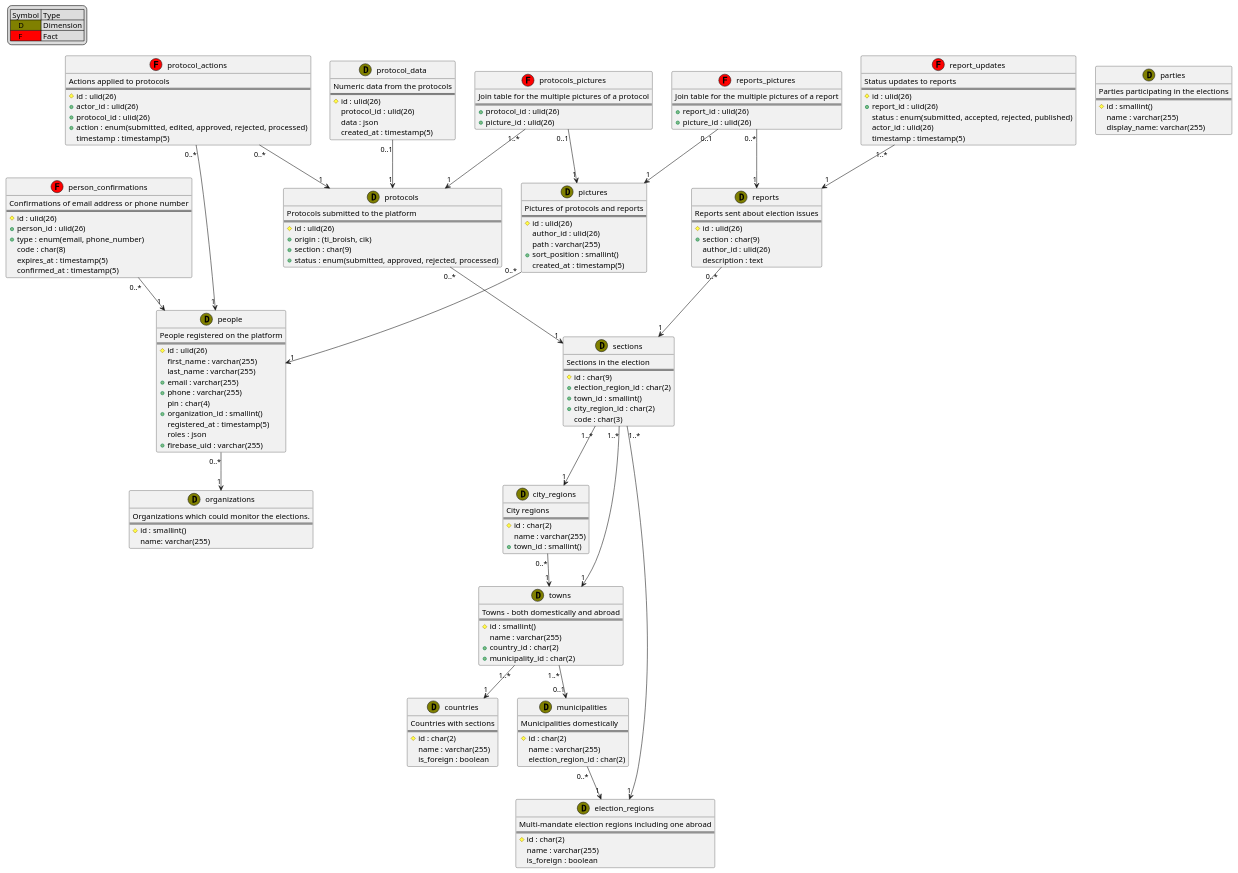
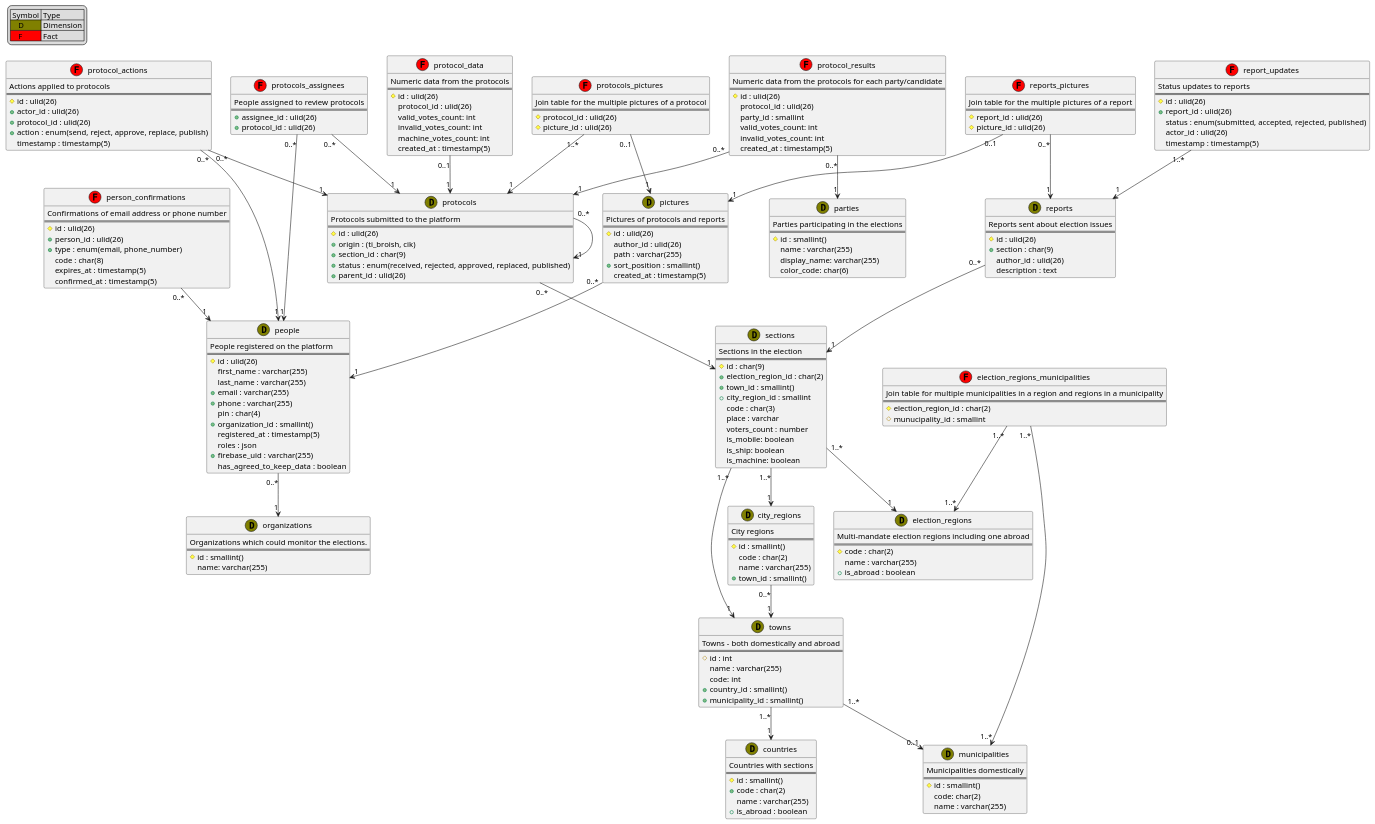
Before and after one commit to ti-broish/docs: the diagram in src/Контекст/Ти Броиш/База Данни/1.database.puml, drawn with PlantUML.

Commit message:
Update database with new protocols structure and new fields

```diff
--- a/src/Контекст/Ти Броиш/База Данни/1.database.puml
+++ b/src/Контекст/Ти Броиш/База Данни/1.database.puml
@@ -1,24 +1,25 @@
 @startuml database
 
 legend top left
-    | Symbol | Type |
-    |<#808000>    D| Dimension |
-    |<#FF0000>    F| Fact |
+| Symbol | Type |
+|<#808000>    D| Dimension |
+|<#FF0000>    F| Fact |
 end legend
 
 class people <<(D,olive)>> {
-  People registered on the platform
-  ==
-  #id : ulid(26)
-  first_name : varchar(255)
-  last_name : varchar(255)
-  +email : varchar(255)
-  +phone : varchar(255)
-  pin : char(4)
-  +organization_id : smallint()
-  registered_at : timestamp(5)
-  roles : json
-  +firebase_uid : varchar(255)
+    People registered on the platform
+    ==
+    #id : ulid(26)
+    first_name : varchar(255)
+    last_name : varchar(255)
+    +email : varchar(255)
+    +phone : varchar(255)
+    pin : char(4)
+    +organization_id : smallint()
+    registered_at : timestamp(5)
+    roles : json
+    +firebase_uid : varchar(255)
+    has_agreed_to_keep_data : boolean
 }
 
 person_confirmations "0..*" --> "1" people
@@ -48,8 +49,13 @@
     #id : char(9)
     +election_region_id : char(2)
     +town_id : smallint()
-    +city_region_id : char(2)
+    +city_region_id : smallint
     code : char(3)
+    place : varchar
+    voters_count : number
+    is_mobile: boolean
+    is_ship: boolean
+    is_machine: boolean
 }
 
 sections "1..*" --> "1" election_regions
@@ -61,22 +67,40 @@
     ==
     #id : ulid(26)
     +origin : (ti_broish, cik)
-    +section : char(9)
-    +status : enum(submitted, approved, rejected, processed)
+    +section_id : char(9)
+    +status : enum(received, rejected, approved, replaced, published)
+    +parent_id : ulid(26)
 }
 
 protocols "0..*" --> "1" sections
+protocols "0..*" --> "1" protocols
 
-class protocol_data <<(D,olive)>> {
+class protocol_data <<(F,red)>> {
     Numeric data from the protocols
     ==
     #id : ulid(26)
     protocol_id : ulid(26)
-    data : json
+    valid_votes_count: int
+    invalid_votes_count: int
+    machine_votes_count: int
     created_at : timestamp(5)
 }
 
 protocol_data "0..1" --> "1" protocols
+
+class protocol_results <<(F,red)>> {
+    Numeric data from the protocols for each party/candidate
+    ==
+    #id : ulid(26)
+    protocol_id : ulid(26)
+    party_id : smallint
+    valid_votes_count: int
+    invalid_votes_count: int
+    created_at : timestamp(5)
+}
+
+protocol_results "0..*" --> "1" protocols
+protocol_results "0..*" --> "1" parties
 
 class protocol_actions <<(F,red)>> {
     Actions applied to protocols
@@ -84,12 +108,22 @@
     #id : ulid(26)
     +actor_id : ulid(26)
     +protocol_id : ulid(26)
-    +action : enum(submitted, edited, approved, rejected, processed)
+    +action : enum(send, reject, approve, replace, publish)
     timestamp : timestamp(5)
 }
 
 protocol_actions "0..*" --> "1" protocols
 protocol_actions "0..*" --> "1" people
+
+class protocols_assignees <<(F,red)>> {
+    People assigned to review protocols
+    ==
+    +assignee_id : ulid(26)
+    +protocol_id : ulid(26)
+}
+
+protocols_assignees "0..*" --> "1" protocols
+protocols_assignees "0..*" --> "1" people
 
 class reports <<(D,olive)>> {
     Reports sent about election issues
@@ -129,8 +163,8 @@
 class reports_pictures <<(F,red)>> {
     Join table for the multiple pictures of a report
     ==
-    +report_id : ulid(26)
-    +picture_id : ulid(26)
+    #report_id : ulid(26)
+    #picture_id : ulid(26)
 }
 
 reports_pictures "0..1" --> "1" pictures
@@ -139,8 +173,8 @@
 class protocols_pictures <<(F,red)>> {
     Join table for the multiple pictures of a protocol
     ==
-    +protocol_id : ulid(26)
-    +picture_id : ulid(26)
+    #protocol_id : ulid(26)
+    #picture_id : ulid(26)
 }
 
 protocols_pictures "0..1" --> "1" pictures
@@ -149,36 +183,46 @@
 class election_regions <<(D,olive)>> {
     Multi-mandate election regions including one abroad
     ==
-    #id : char(2)
+    #code : char(2)
     name : varchar(255)
-    is_foreign : boolean
+    +is_abroad : boolean
 }
 
 class countries <<(D,olive)>> {
     Countries with sections
     ==
-    #id : char(2)
+    #id : smallint()
+    +code : char(2)
     name : varchar(255)
-    is_foreign : boolean
+    +is_abroad : boolean
 }
 
 class municipalities <<(D,olive)>> {
     Municipalities domestically
     ==
-    #id : char(2)
+    #id : smallint()
+    code: char(2)
     name : varchar(255)
-    election_region_id : char(2)
 }
 
-municipalities "0..*" --> "1" election_regions
+class election_regions_municipalities <<(F,red)>> {
+    Join table for multiple municipalities in a region and regions in a municipality
+    ==
+    #election_region_id : char(2)
+    #munucipality_id : smallint
+}
+
+election_regions_municipalities "1..*" --> "1..*" municipalities
+election_regions_municipalities "1..*" --> "1..*" election_regions
 
 class towns <<(D,olive)>> {
     Towns - both domestically and abroad
     ==
-    #id : smallint()
+    #id : int
     name : varchar(255)
-    +country_id : char(2)
-    +municipality_id : char(2)
+    code: int
+    +country_id : smallint()
+    +municipality_id : smallint()
 }
 
 towns "1..*" --> "1" countries
@@ -187,7 +231,8 @@
 class city_regions <<(D,olive)>> {
     City regions
     ==
-    #id : char(2)
+    #id : smallint()
+    code : char(2)
     name : varchar(255)
     +town_id : smallint()
 }
@@ -200,6 +245,7 @@
     #id : smallint()
     name : varchar(255)
     display_name: varchar(255)
+    color_code: char(6)
 }
 
 @enduml
```
